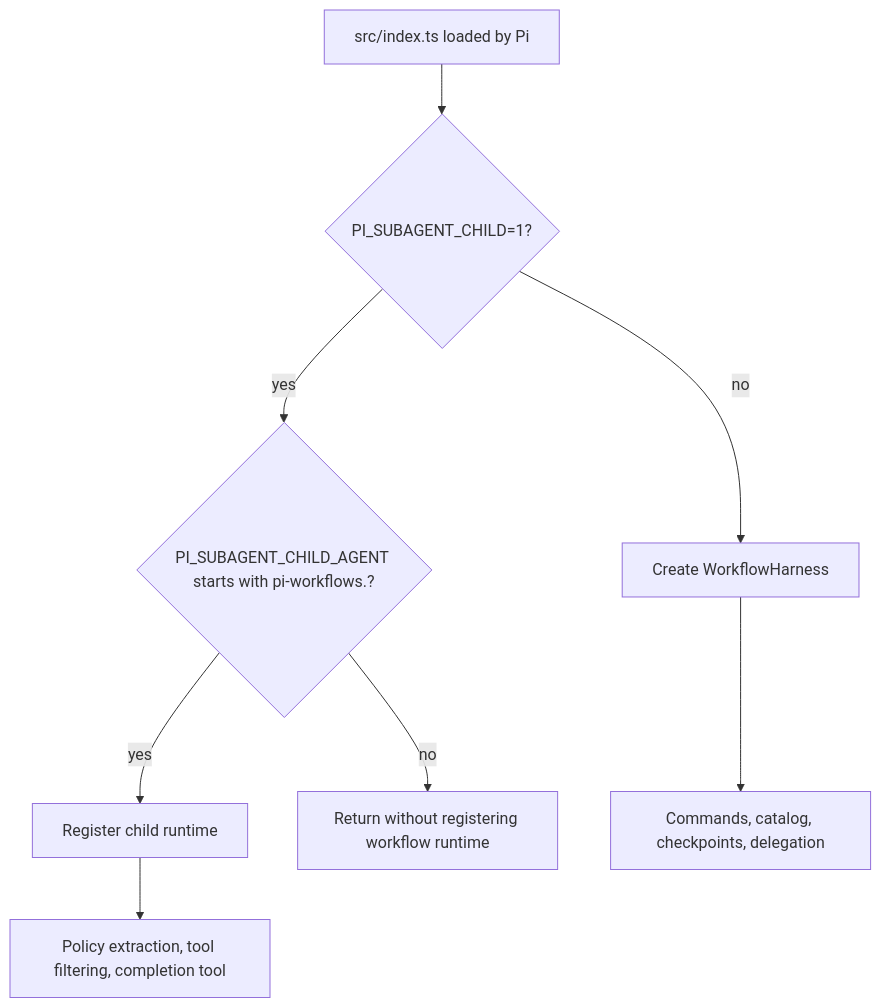
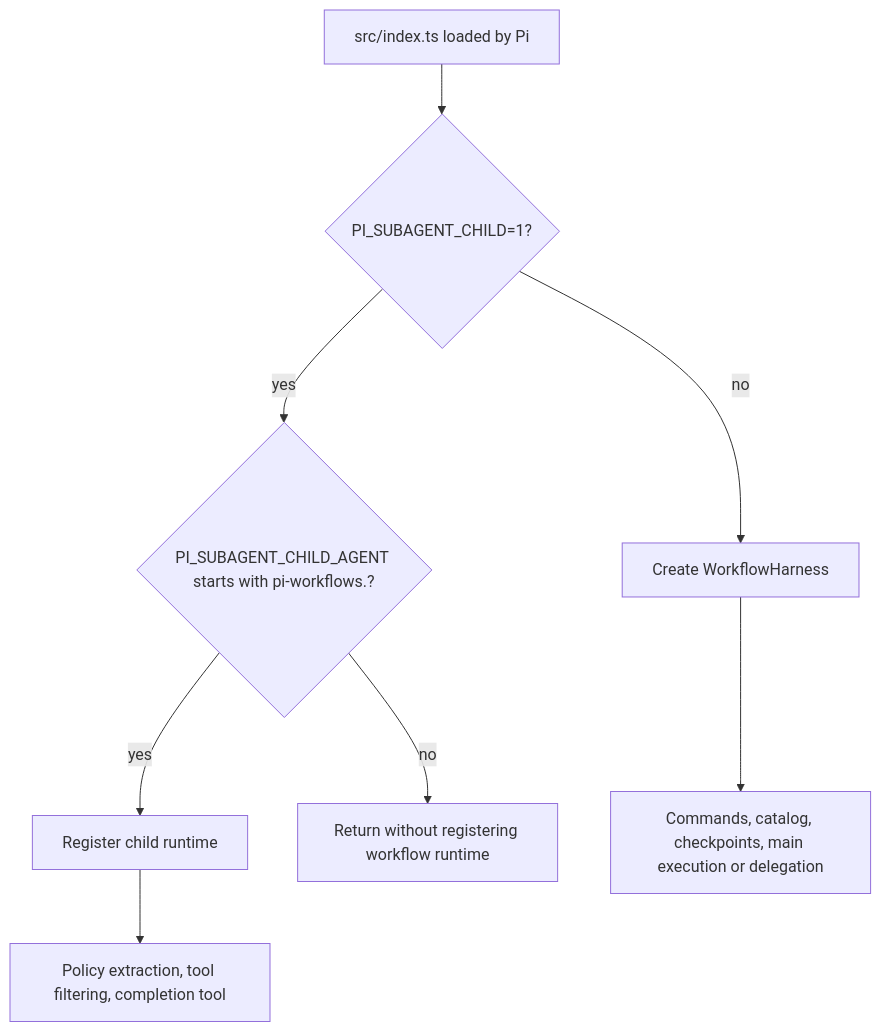
Before and after one commit to wichayutdew/pi-workflows: the second of 5 diagrams in openwiki/architecture/overview.md, drawn with Mermaid. The commit also changed other lines of this file and 67 other files, not shown here.

````diff
--- a/openwiki/architecture/overview.md
+++ b/openwiki/architecture/overview.md
@@ -36,12 +41,12 @@
 ```mermaid
 flowchart TD
   Start[src/index.ts loaded by Pi]
   Start --> ChildEnv{PI_SUBAGENT_CHILD=1?}
   ChildEnv -- no --> Parent[Create WorkflowHarness]
   ChildEnv -- yes --> NameOk{PI_SUBAGENT_CHILD_AGENT starts with pi-workflows.?}
   NameOk -- yes --> Child[Register child runtime]
   NameOk -- no --> Noop[Return without registering workflow runtime]
 
-  Parent --> ParentWork[Commands, catalog, checkpoints, delegation]
+  Parent --> ParentWork[Commands, catalog, checkpoints, main execution or delegation]
   Child --> ChildWork[Policy extraction, tool filtering, completion tool]
 ```
````
